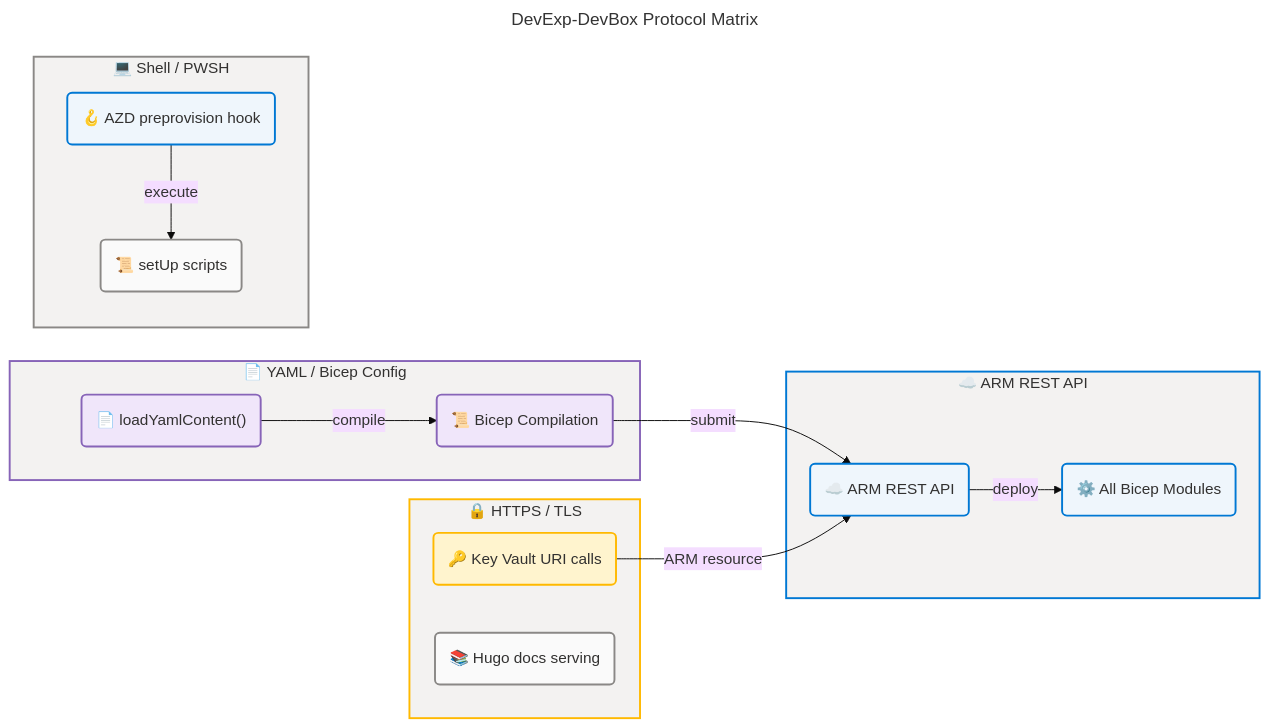
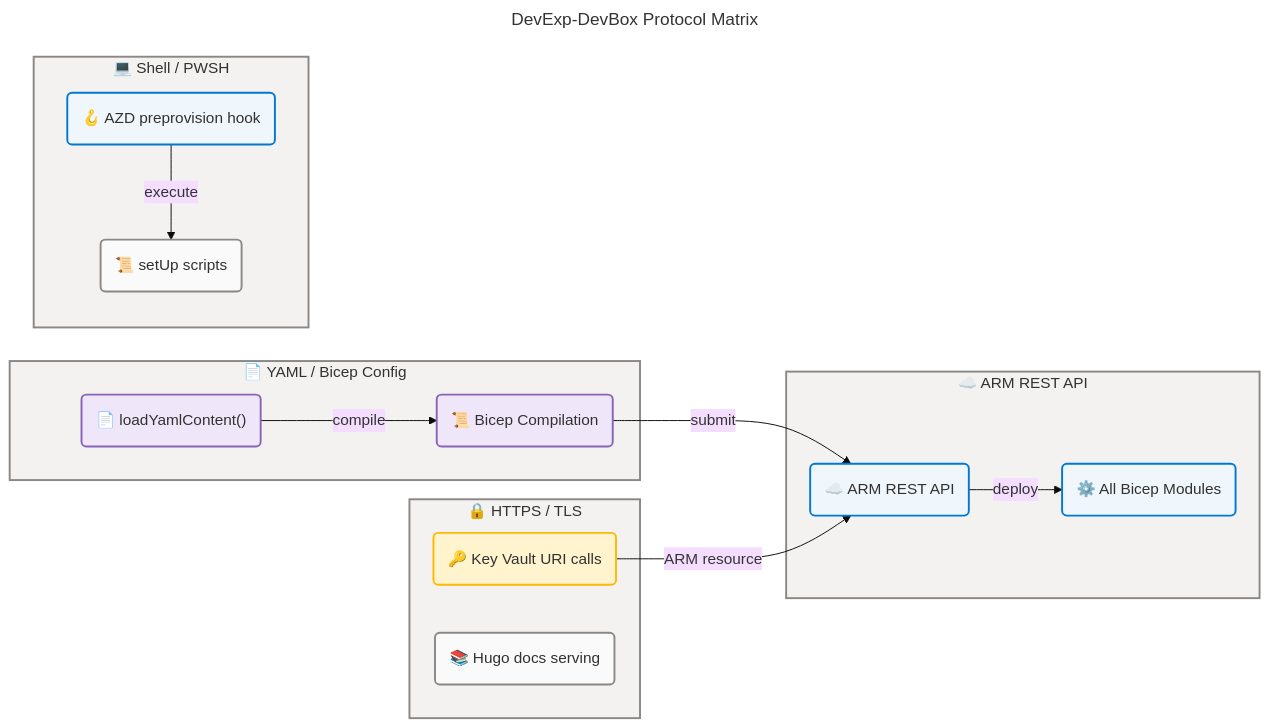
One commit to Evilazaro/DevExp-DevBox changed the seventh of 15 diagrams in docs/architecture/application-architecture.md. Above: the diagram before and after it, drawn with Mermaid. The commit also changed other lines of this file, not shown here.

Commit message:
refactor: update YAML contract terminology and enhance diagram verification scores for improved clarity

````diff
--- a/docs/architecture/application-architecture.md
+++ b/docs/architecture/application-architecture.md
@@ -785,63 +788,63 @@
 ```mermaid
 ---
 title: DevExp-DevBox Protocol Matrix
 config:
   theme: base
   look: classic
   layout: dagre
   themeVariables:
     fontSize: '16px'
   flowchart:
     htmlLabels: true
 ---
 flowchart LR
     accTitle: DevExp-DevBox Protocol Matrix
     accDescr: Visual map of all communication protocols — ARM REST for resource deployment, HTTPS for Key Vault and documentation, YAML/Bicep for configuration injection, and Shell for pre-provisioning validation
 
     %% ═══════════════════════════════════════════════════════════════════════════
     %% AZURE / FLUENT ARCHITECTURE PATTERN v1.1
     %% (Semantic + Structural + Font + Accessibility Governance)
     %% ═══════════════════════════════════════════════════════════════════════════
     %% PHASE 1 - FLUENT UI: All styling uses approved Fluent UI palette only
     %% PHASE 2 - GROUPS: Every subgraph has semantic color via style directive
     %% PHASE 3 - COMPONENTS: Every node has semantic classDef + icon prefix
     %% PHASE 4 - ACCESSIBILITY: accTitle/accDescr present, WCAG AA contrast
     %% PHASE 5 - STANDARD: Governance block present, classDefs centralized
     %% ═══════════════════════════════════════════════════════════════════════════
 
     subgraph armGroup["☁️ ARM REST API"]
         arm("☁️ ARM REST API"):::core
         bicepMods("⚙️ All Bicep Modules"):::core
     end
 
     subgraph httpsGroup["🔒 HTTPS / TLS"]
         kvHttps("🔑 Key Vault URI calls"):::warning
         hugoHttps("📚 Hugo docs serving"):::neutral
     end
 
     subgraph configGroup["📄 YAML / Bicep Config"]
         yamlInject("📄 loadYamlContent()"):::data
         bicepComp("📜 Bicep Compilation"):::data
     end
 
     subgraph shellGroup["💻 Shell / PWSH"]
         setUp("📜 setUp scripts"):::neutral
         hook("🪝 AZD preprovision hook"):::core
     end
 
     yamlInject -->|"compile"| bicepComp
     bicepComp -->|"submit"| arm
     arm -->|"deploy"| bicepMods
     kvHttps -->|"ARM resource"| arm
     hook -->|"execute"| setUp
 
-    style armGroup fill:#F3F2F1,stroke:#0078D4,stroke-width:2px,color:#323130
-    style httpsGroup fill:#F3F2F1,stroke:#FFB900,stroke-width:2px,color:#323130
-    style configGroup fill:#F3F2F1,stroke:#8764B8,stroke-width:2px,color:#323130
+    style armGroup fill:#F3F2F1,stroke:#8A8886,stroke-width:2px,color:#323130
+    style httpsGroup fill:#F3F2F1,stroke:#8A8886,stroke-width:2px,color:#323130
+    style configGroup fill:#F3F2F1,stroke:#8A8886,stroke-width:2px,color:#323130
     style shellGroup fill:#F3F2F1,stroke:#8A8886,stroke-width:2px,color:#323130
 
     classDef neutral fill:#FAFAFA,stroke:#8A8886,stroke-width:2px,color:#323130
     classDef core fill:#EFF6FC,stroke:#0078D4,stroke-width:2px,color:#323130
     classDef warning fill:#FFF4CE,stroke:#FFB900,stroke-width:2px,color:#323130
     classDef data fill:#F0E6FA,stroke:#8764B8,stroke-width:2px,color:#323130
 ```
````
